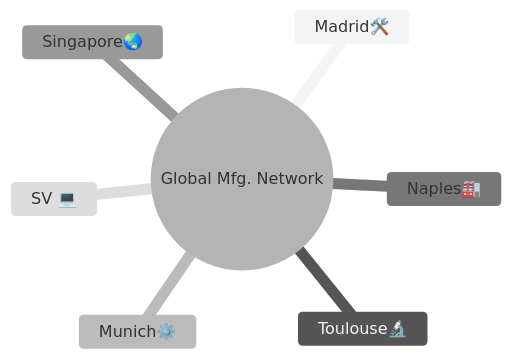
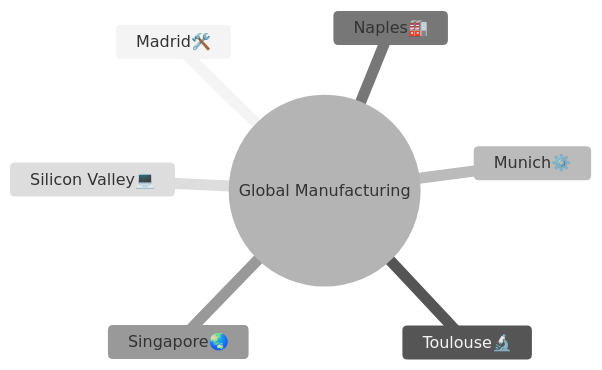
Before and after one commit to Robbbo-T/A-Q-U-A_V: the second of 4 diagrams in README.md, drawn with Mermaid (neutral theme). The commit also changed other lines of this file, not shown here.

````diff
--- a/README.md
+++ b/README.md
@@ -168,10 +162,10 @@
 ```mermaid
 mindmap
-  root((Global Mfg. Network))
+  root((Global Manufacturing))
     Madrid🛠️
     Toulouse🔬
     Munich⚙️
     Naples🏭
     Singapore🌏
-    SV 💻
+    Silicon Valley💻
 ```
````
